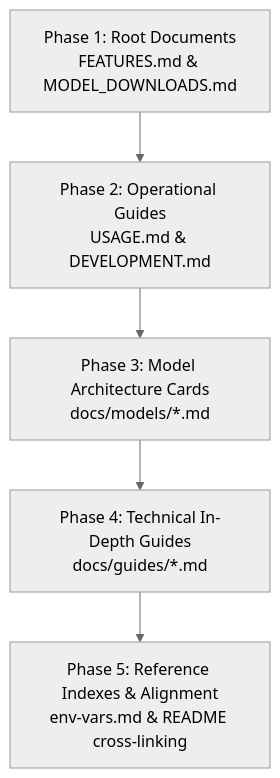
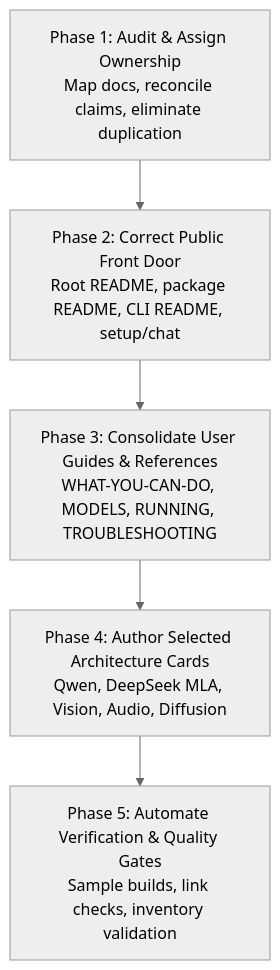
One commit to opentail-net/OpenTail.Stingray changed the second of 2 diagrams in docs/3-product-and-runtime/2026-10-09-documentation-architecture-plan.md. Above: the diagram before and after it, drawn with Mermaid (neutral theme). The commit also changed other lines of this file, not shown here.

Commit message:
docs: revise documentation architecture plan to ground in existing docs and remove unverified claims

````diff
--- a/docs/3-product-and-runtime/2026-10-09-documentation-architecture-plan.md
+++ b/docs/3-product-and-runtime/2026-10-09-documentation-architecture-plan.md
@@ -189,7 +185,7 @@
 ```mermaid
 graph TD
-    P1[Phase 1: Root Documents<br/>FEATURES.md & MODEL_DOWNLOADS.md] --> P2[Phase 2: Operational Guides<br/>USAGE.md & DEVELOPMENT.md]
-    P2 --> P3[Phase 3: Model Architecture Cards<br/>docs/models/*.md]
-    P3 --> P4[Phase 4: Technical In-Depth Guides<br/>docs/guides/*.md]
-    P4 --> P5[Phase 5: Reference Indexes & Alignment<br/>env-vars.md & README cross-linking]
+    P1[Phase 1: Audit & Assign Ownership<br/>Map docs, reconcile claims, eliminate duplication] --> P2[Phase 2: Correct Public Front Door<br/>Root README, package README, CLI README, setup/chat]
+    P2 --> P3[Phase 3: Consolidate User Guides & References<br/>WHAT-YOU-CAN-DO, MODELS, RUNNING, TROUBLESHOOTING]
+    P3 --> P4[Phase 4: Author Selected Architecture Cards<br/>Qwen, DeepSeek MLA, Vision, Audio, Diffusion]
+    P4 --> P5[Phase 5: Automate Verification & Quality Gates<br/>Sample builds, link checks, inventory validation]
 ```
````
